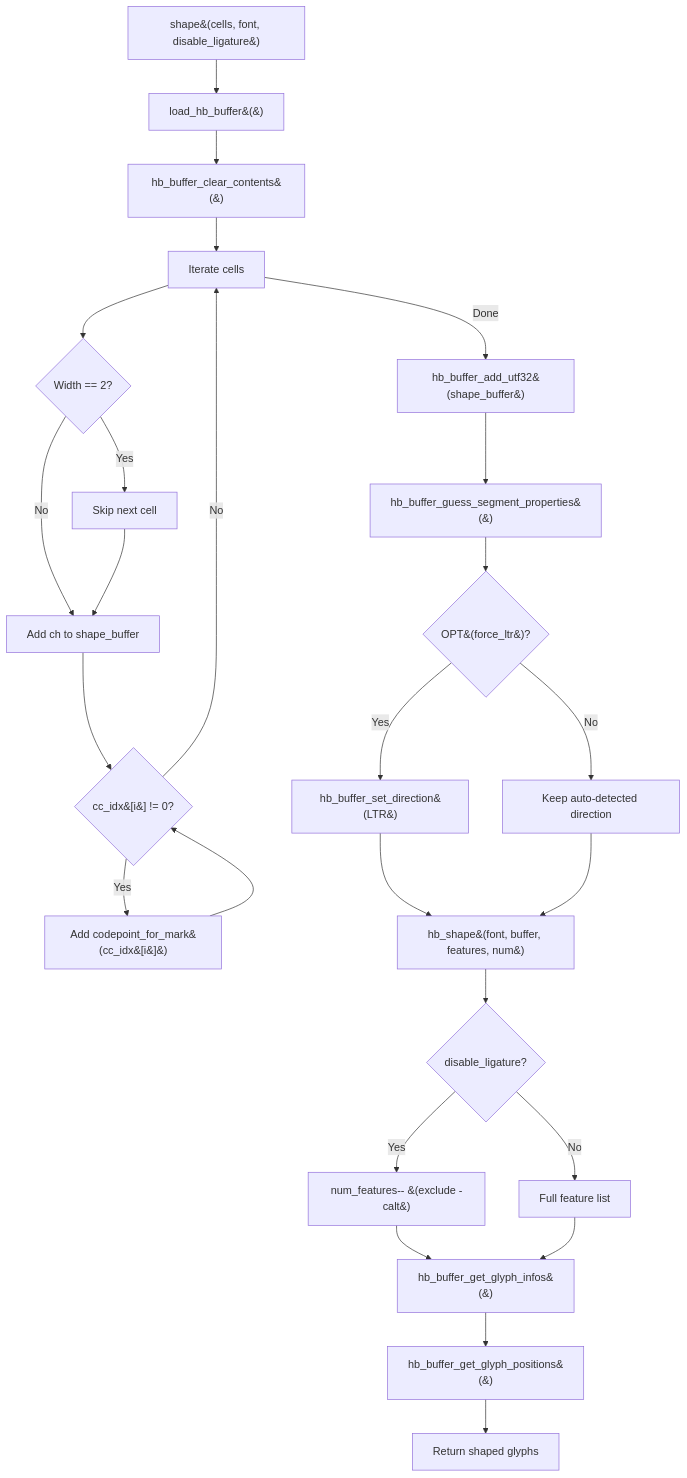
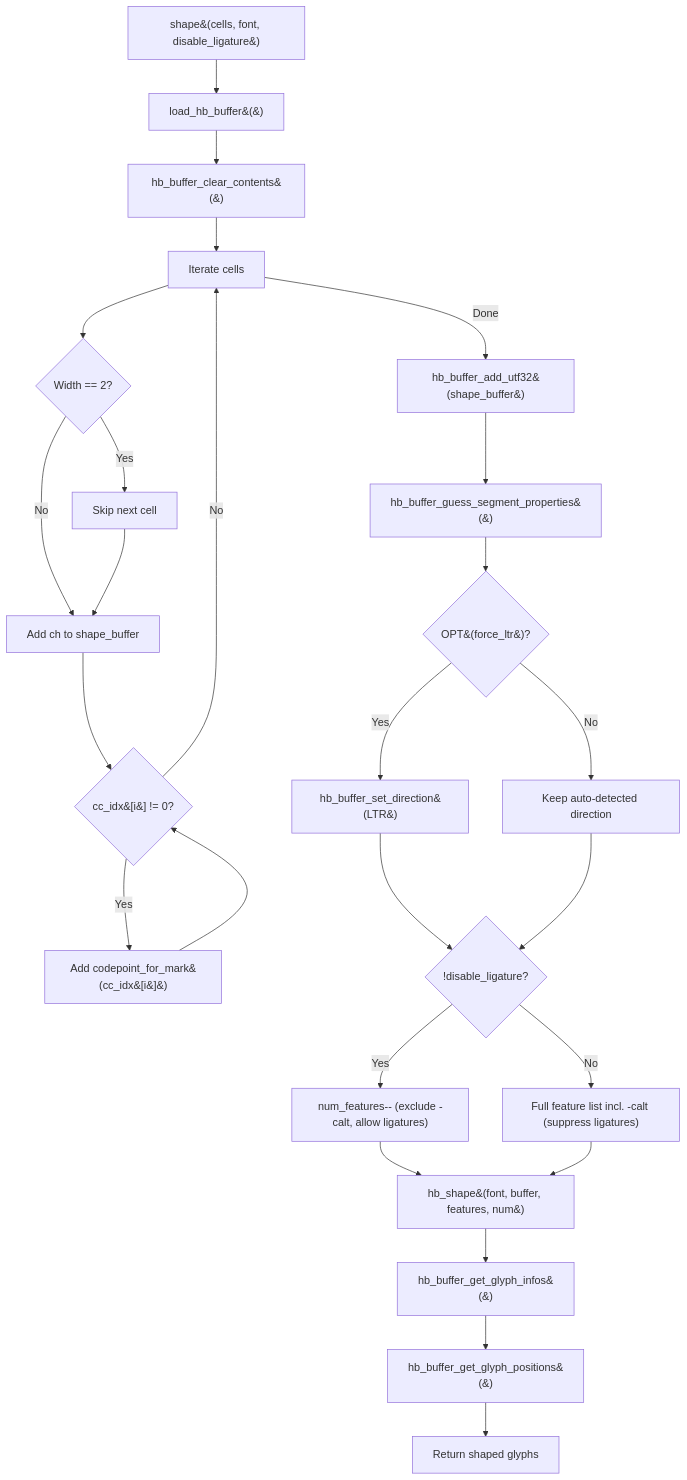
Before and after one commit to blitzy-research/kitty: the second of 5 diagrams in blitzy/documentation/kitty_815df1e210e0.md, drawn with Mermaid. The commit also changed other lines of this file, not shown here.

````diff
--- a/blitzy/documentation/kitty_815df1e210e0.md
+++ b/blitzy/documentation/kitty_815df1e210e0.md
@@ -1097,28 +1084,28 @@
 ```mermaid
 flowchart TD
     A[shape&#40;cells, font, disable_ligature&#41;] --> B[load_hb_buffer&#40;&#41;]
     B --> C[hb_buffer_clear_contents&#40;&#41;]
     C --> D[Iterate cells]
     D --> E{Width == 2?}
     E -->|Yes| F[Skip next cell]
     E -->|No| G[Add ch to shape_buffer]
     F --> G
     G --> H{cc_idx&#91;i&#93; != 0?}
     H -->|Yes| I[Add codepoint_for_mark&#40;cc_idx&#91;i&#93;&#41;]
     I --> H
     H -->|No| D
     D -->|Done| J[hb_buffer_add_utf32&#40;shape_buffer&#41;]
     J --> K[hb_buffer_guess_segment_properties&#40;&#41;]
     K --> L{OPT&#40;force_ltr&#41;?}
     L -->|Yes| M[hb_buffer_set_direction&#40;LTR&#41;]
     L -->|No| N[Keep auto-detected direction]
-    M --> O[hb_shape&#40;font, buffer, features, num&#41;]
-    N --> O
-    O --> P{disable_ligature?}
-    P -->|Yes| Q[num_features-- &#40;exclude -calt&#41;]
-    P -->|No| R[Full feature list]
-    Q --> S[hb_buffer_get_glyph_infos&#40;&#41;]
-    R --> S
+    M --> P{!disable_ligature?}
+    N --> P
+    P -->|Yes| Q["num_features-- (exclude -calt, allow ligatures)"]
+    P -->|No| R["Full feature list incl. -calt (suppress ligatures)"]
+    Q --> O[hb_shape&#40;font, buffer, features, num&#41;]
+    R --> O
+    O --> S[hb_buffer_get_glyph_infos&#40;&#41;]
     S --> T[hb_buffer_get_glyph_positions&#40;&#41;]
     T --> U[Return shaped glyphs]
 ```
````
